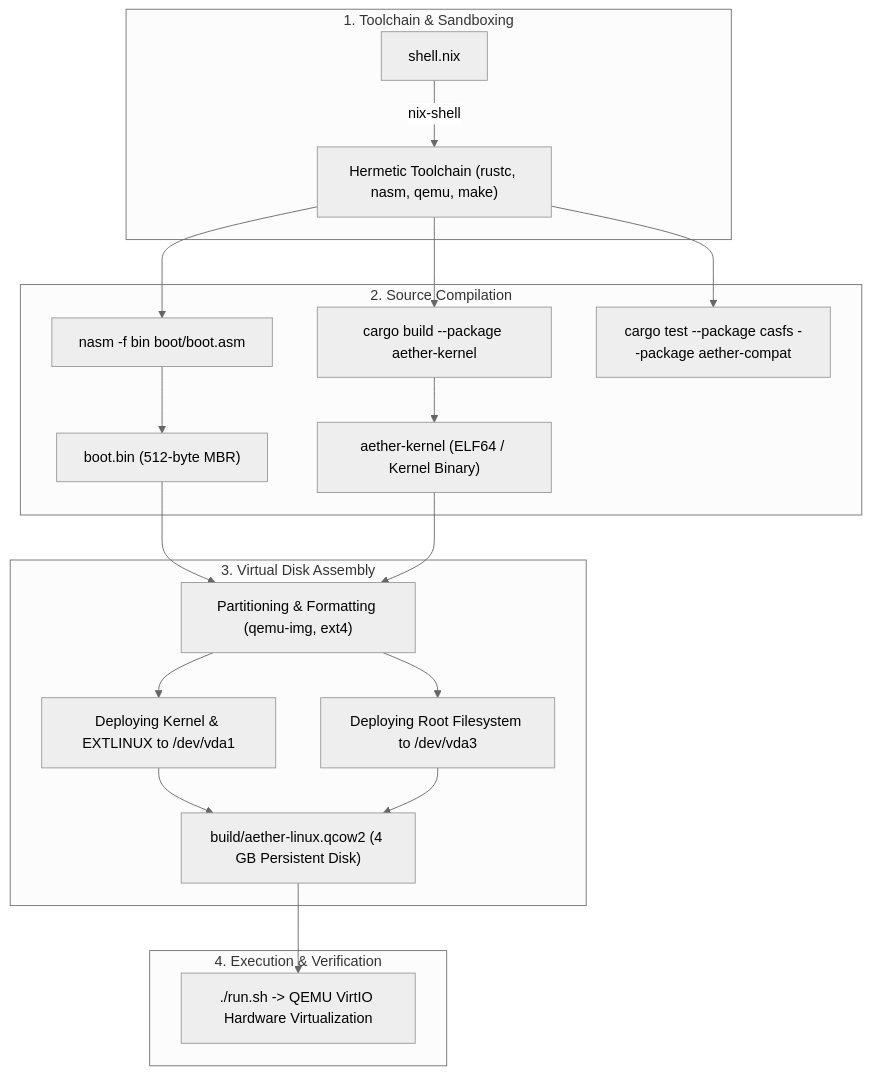
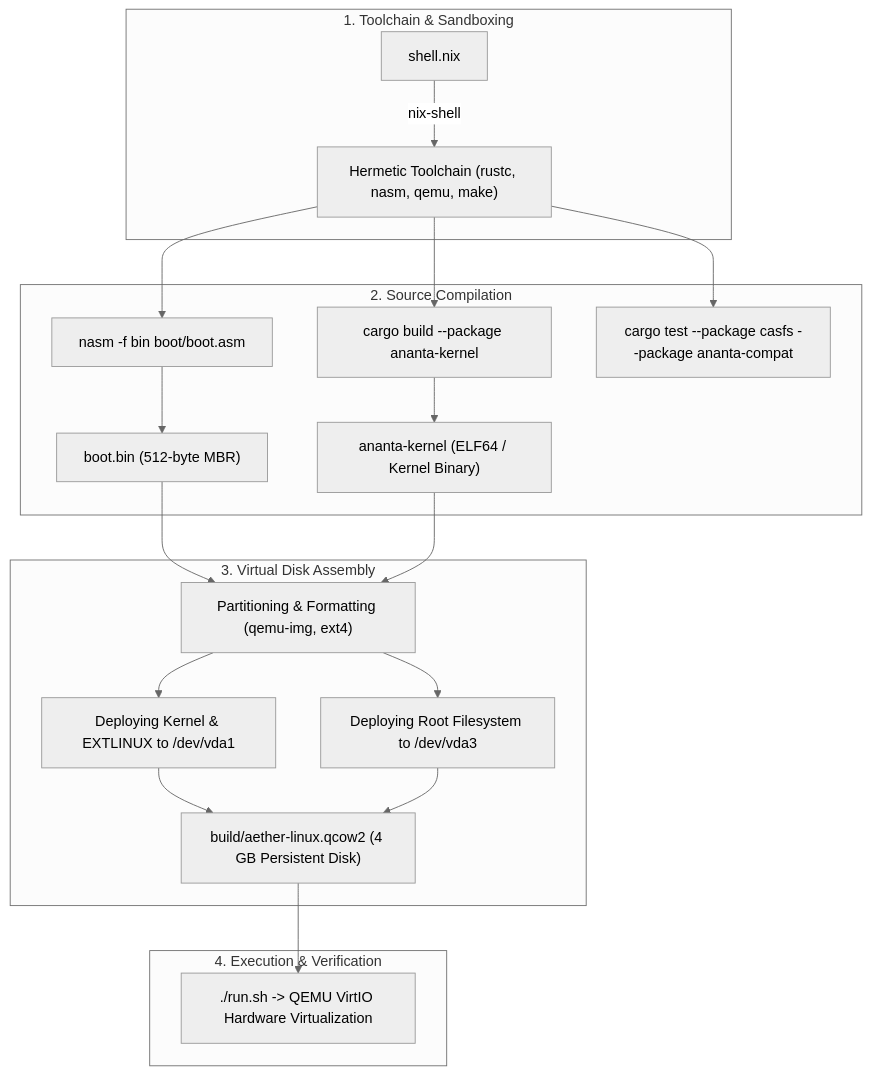
Before and after one commit to akashbiswas7074/AetherOS: the diagram in README.md, drawn with Mermaid (neutral theme). The commit also changed other lines of this file and 9 other files, not shown here.

Commit message:
Complete rebranding: rename all crates and disk images from aether/alpine to ananta

````diff
--- a/README.md
+++ b/README.md
@@ -103,25 +103,25 @@
 ```mermaid
 flowchart TD
     subgraph Phase1 ["1. Toolchain & Sandboxing"]
         A["shell.nix"] -->|"nix-shell"| B["Hermetic Toolchain (rustc, nasm, qemu, make)"]
     end
 
     subgraph Phase2 ["2. Source Compilation"]
         B --> C["nasm -f bin boot/boot.asm"]
-        B --> D["cargo build --package aether-kernel"]
-        B --> E["cargo test --package casfs --package aether-compat"]
+        B --> D["cargo build --package ananta-kernel"]
+        B --> E["cargo test --package casfs --package ananta-compat"]
         C --> F["boot.bin (512-byte MBR)"]
-        D --> G["aether-kernel (ELF64 / Kernel Binary)"]
+        D --> G["ananta-kernel (ELF64 / Kernel Binary)"]
     end
 
     subgraph Phase3 ["3. Virtual Disk Assembly"]
         F & G --> H["Partitioning & Formatting (qemu-img, ext4)"]
         H --> I["Deploying Kernel & EXTLINUX to /dev/vda1"]
         H --> J["Deploying Root Filesystem to /dev/vda3"]
         I & J --> K["build/aether-linux.qcow2 (4 GB Persistent Disk)"]
     end
 
     subgraph Phase4 ["4. Execution & Verification"]
         K --> L["./run.sh -> QEMU VirtIO Hardware Virtualization"]
     end
 ```
````
